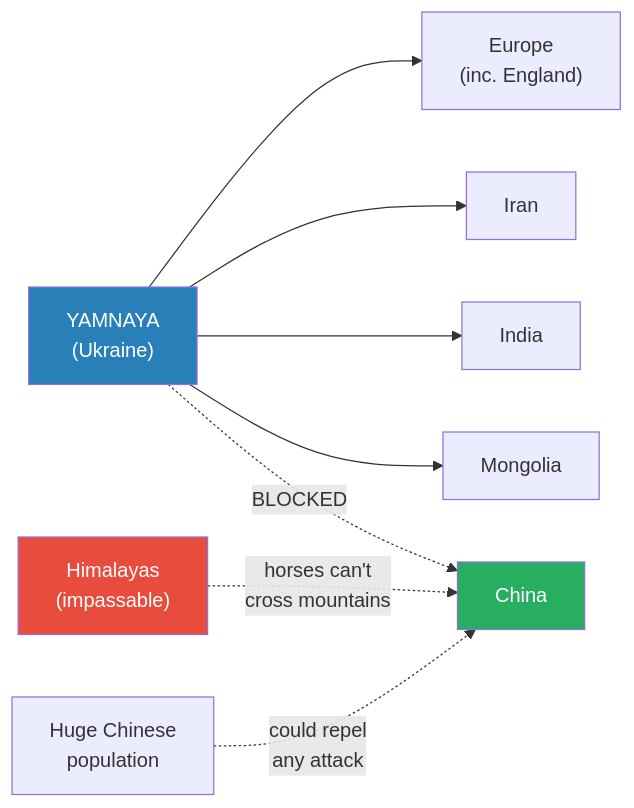
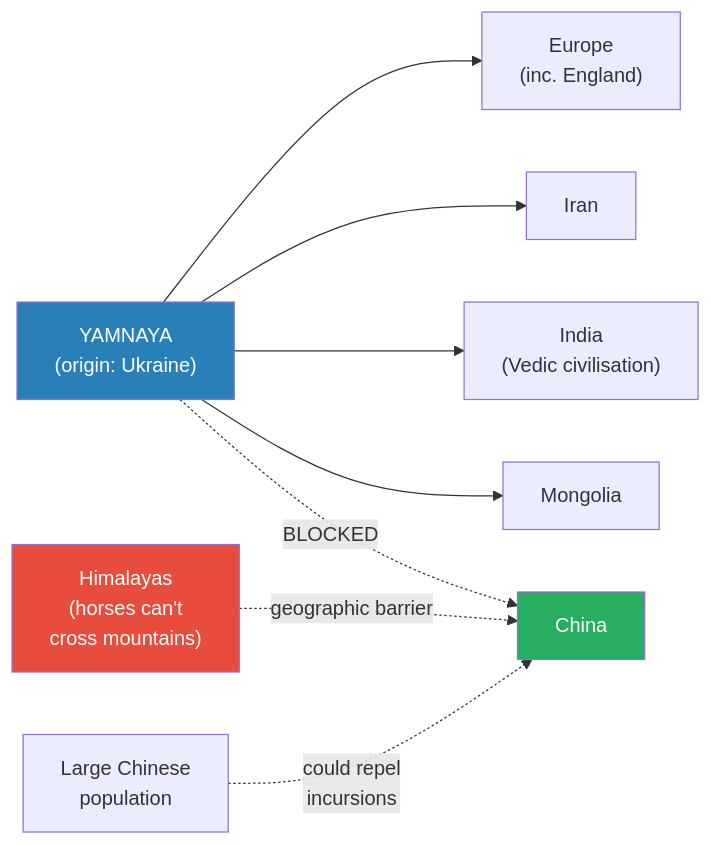
Before and after one commit to alius33/reader: the sixth of 6 diagrams in summaries/Lectures/Civilization/05 - The Yamnaya Conquest of Europe.md, drawn with Mermaid. The commit also changed other lines of this file and 26 other files, not shown here.

````diff
--- a/summaries/Lectures/Civilization/05 - The Yamnaya Conquest of Europe.md
+++ b/summaries/Lectures/Civilization/05 - The Yamnaya Conquest of Europe.md
@@ -481,13 +388,13 @@
 ```mermaid
 flowchart LR
-    Y["YAMNAYA<br/>(Ukraine)"] --> EU["Europe<br/>(inc. England)"]
+    Y["YAMNAYA<br/>(origin: Ukraine)"] --> EU["Europe<br/>(inc. England)"]
     Y --> IR["Iran"]
-    Y --> IN["India"]
+    Y --> IN["India<br/>(Vedic civilisation)"]
     Y --> MO["Mongolia"]
     Y -.->|"BLOCKED"| CH["China"]
-    HI["Himalayas<br/>(impassable)"] -.->|"horses can't<br/>cross mountains"| CH
-    POP["Huge Chinese<br/>population"] -.->|"could repel<br/>any attack"| CH
+    HI["Himalayas<br/>(horses can't<br/>cross mountains)"] -.->|"geographic barrier"| CH
+    POP["Large Chinese<br/>population"] -.->|"could repel<br/>incursions"| CH
     style Y fill:#2980b9,color:#fff
     style CH fill:#27ae60,color:#fff
     style HI fill:#e74c3c,color:#fff
 ```
````
